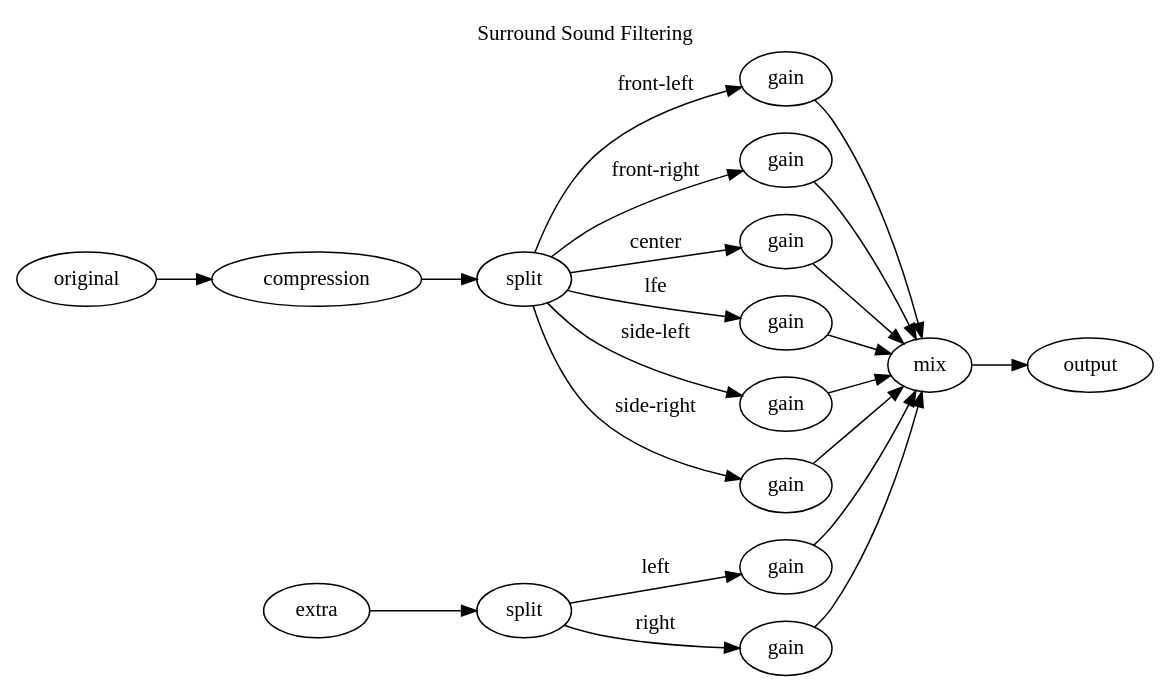
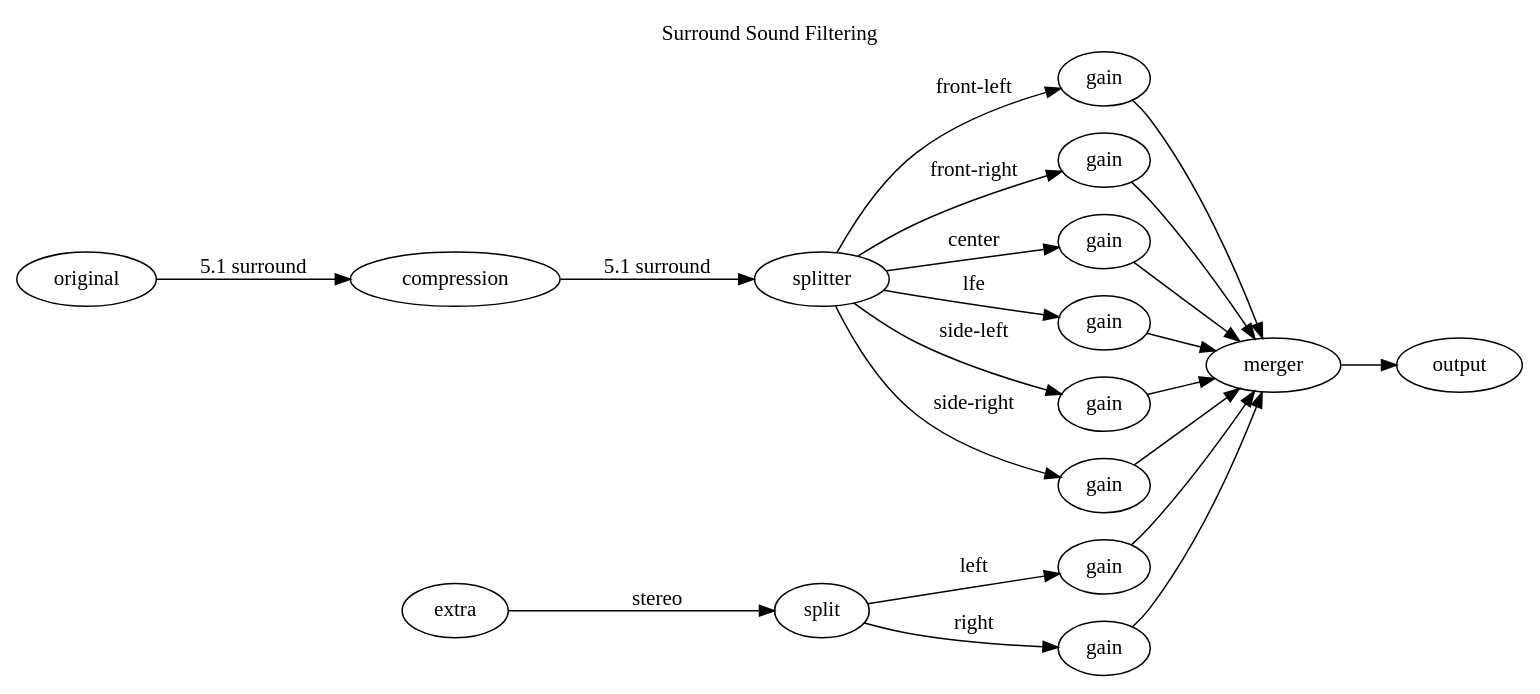
The diagram in filter-graph-surround.gv (joeyparrish/upfish), drawn with Graphviz before and after one commit. The commit also changed 1 other file, not shown here.

Commit message:
Improve diagrams a bit

```diff
--- a/filter-graph-surround.gv
+++ b/filter-graph-surround.gv
@@ -1,40 +1,40 @@
 digraph {
   label = "Surround Sound Filtering"
   labelloc = "t"
   rankdir = "LR"
 
-  original -> compression;
-  compression -> split;
+  original -> compression [label="5.1 surround"];
+  compression -> splitter [label="5.1 surround"];
 
   gain0 [label="gain"];
   gain1 [label="gain"];
   gain2 [label="gain"];
   gain3 [label="gain"];
   gain4 [label="gain"];
   gain5 [label="gain"];
   gain6 [label="gain"];
   gain7 [label="gain"];
 
-  split -> gain0 [label="front-left"];
-  split -> gain1 [label="front-right"];
-  split -> gain2 [label="center"];
-  split -> gain3 [label="lfe"];
-  split -> gain4 [label="side-left"];
-  split -> gain5 [label="side-right"];
+  splitter -> gain0 [label="front-left"];
+  splitter -> gain1 [label="front-right"];
+  splitter -> gain2 [label="center"];
+  splitter -> gain3 [label="lfe"];
+  splitter -> gain4 [label="side-left"];
+  splitter -> gain5 [label="side-right"];
 
-  split2 [label="split"];
-  extra -> split2;
-  split2 -> gain6 [label="left"];
-  split2 -> gain7 [label="right"];
+  splitter2 [label="split"];
+  extra -> splitter2 [label="stereo"];
+  splitter2 -> gain6 [label="left"];
+  splitter2 -> gain7 [label="right"];
 
-  gain0 -> mix;
-  gain1 -> mix;
-  gain2 -> mix;
-  gain3 -> mix;
-  gain4 -> mix;
-  gain5 -> mix;
-  gain6 -> mix;
-  gain7 -> mix;
+  gain0 -> merger;
+  gain1 -> merger;
+  gain2 -> merger;
+  gain3 -> merger;
+  gain4 -> merger;
+  gain5 -> merger;
+  gain6 -> merger;
+  gain7 -> merger;
 
-  mix -> output;
+  merger -> output;
 }
```
